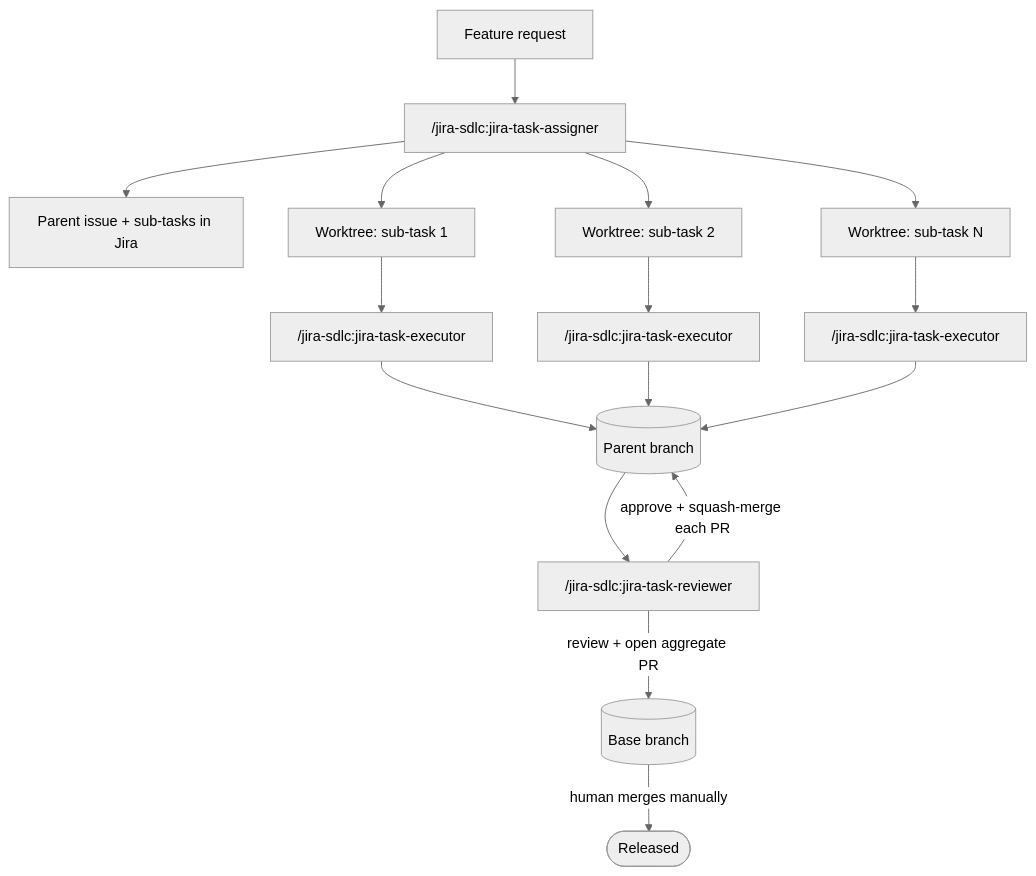
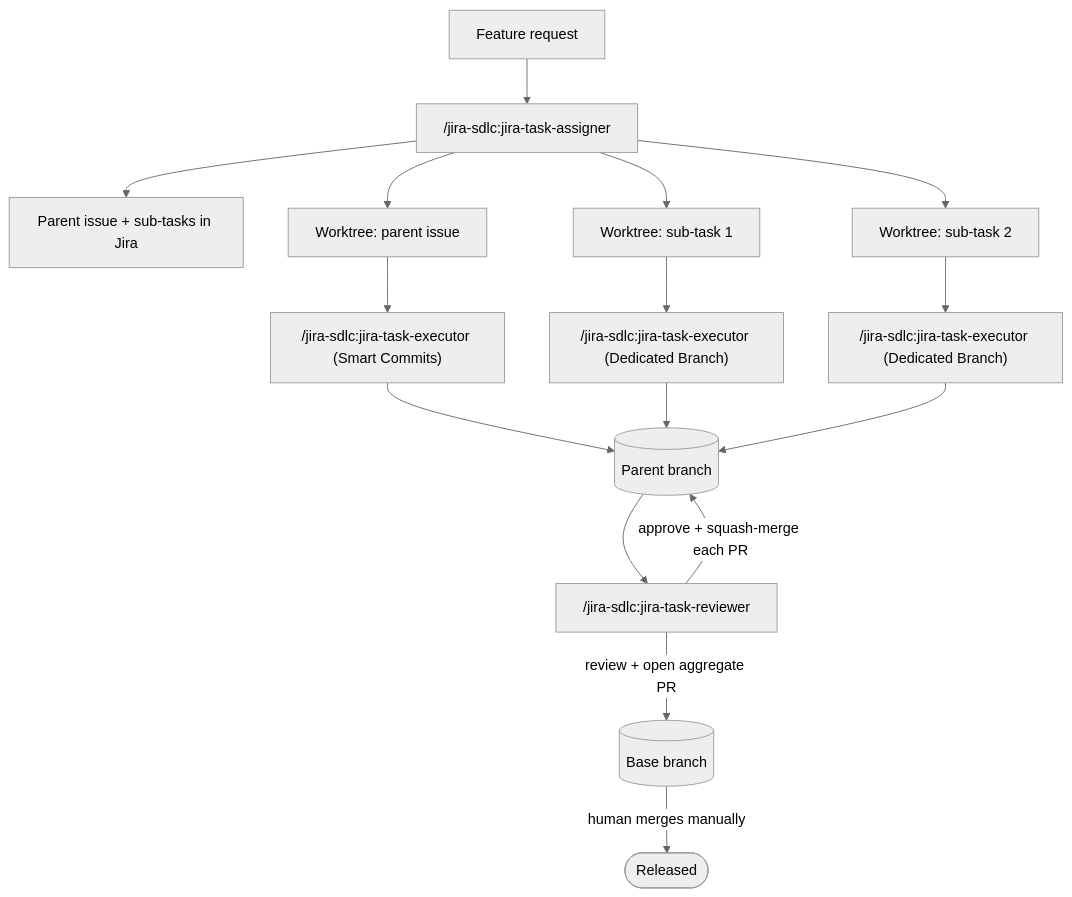
The diagram in plugins/jira-sdlc/README.md (kantorv/jira-sdlc-tools), drawn with Mermaid (neutral theme) before and after one commit. The commit also changed other lines of this file and 1 other file, not shown here.

````diff
--- a/plugins/jira-sdlc/README.md
+++ b/plugins/jira-sdlc/README.md
@@ -80,21 +86,22 @@
 ```mermaid
 flowchart TB
     U[Feature request] --> A["/jira-sdlc:jira-task-assigner"]
     A --> J1[Parent issue + sub-tasks in Jira]
+    A --> WP[Worktree: parent issue]
     A --> W1[Worktree: sub-task 1]
     A --> W2[Worktree: sub-task 2]
-    A --> W3[Worktree: sub-task N]
 
-    W1 --> E1["/jira-sdlc:jira-task-executor"]
-    W2 --> E2["/jira-sdlc:jira-task-executor"]
-    W3 --> E3["/jira-sdlc:jira-task-executor"]
+    WP --> E_parent["/jira-sdlc:jira-task-executor (Smart Commits)"]
+    W1 --> E1["/jira-sdlc:jira-task-executor (Dedicated Branch)"]
+    W2 --> E2["/jira-sdlc:jira-task-executor (Dedicated Branch)"]
 
-    E1 --> PB[(Parent branch)]
+    E_parent --> PB[(Parent branch)]
+    E1 --> PB
     E2 --> PB
-    E3 --> PB
 
     PB --> R["/jira-sdlc:jira-task-reviewer"]
     R -->|approve + squash-merge each PR| PB
     R -->|review + open aggregate PR| BASE[(Base branch)]
     BASE -->|human merges manually| DONE([Released])
+
 ```
````
